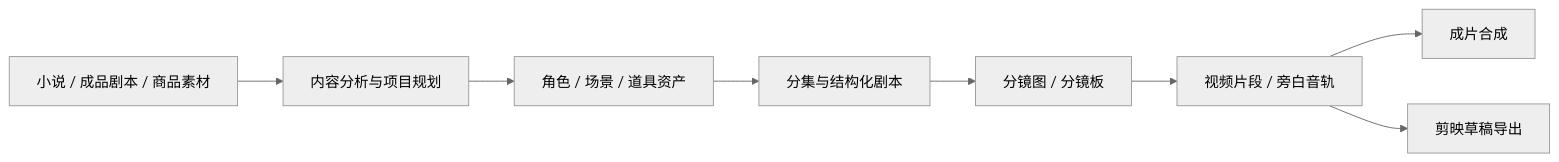
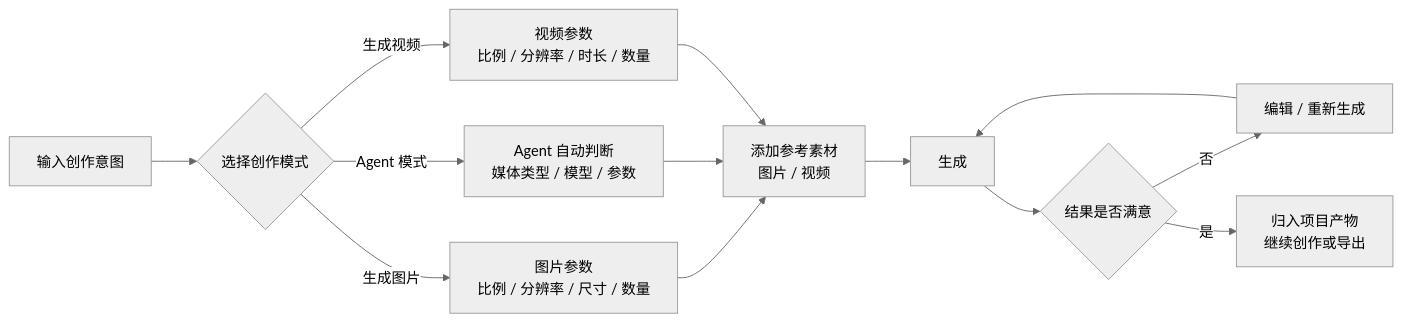
The diagram in README.md (AtaraxyEcho/MatrixSpooll), drawn with Mermaid (neutral theme) before and after one commit. The commit also changed other lines of this file and 4 other files, not shown here.

````diff
--- a/README.md
+++ b/README.md
@@ -51,10 +52,15 @@
 ```mermaid
 flowchart LR
-    A["小说 / 成品剧本 / 商品素材"] --> B["内容分析与项目规划"]
-    B --> C["角色 / 场景 / 道具资产"]
-    C --> D["分集与结构化剧本"]
-    D --> E["分镜图 / 分镜板"]
-    E --> F["视频片段 / 旁白音轨"]
-    F --> G["成片合成"]
-    F --> H["剪映草稿导出"]
+    A["输入创作意图"] --> B{"选择创作模式"}
+    B -- "生成图片" --> C["图片参数<br/>比例 / 分辨率 / 尺寸 / 数量"]
+    B -- "Agent 模式" --> D["Agent 自动判断<br/>媒体类型 / 模型 / 参数"]
+    B -- "生成视频" --> E["视频参数<br/>比例 / 分辨率 / 时长 / 数量"]
+    C --> F["添加参考素材<br/>图片 / 视频"]
+    D --> F
+    E --> F
+    F --> G["生成"]
+    G --> H{"结果是否满意"}
+    H -- "否" --> I["编辑 / 重新生成"]
+    I --> G
+    H -- "是" --> J["归入项目产物<br/>继续创作或导出"]
 ```
````
